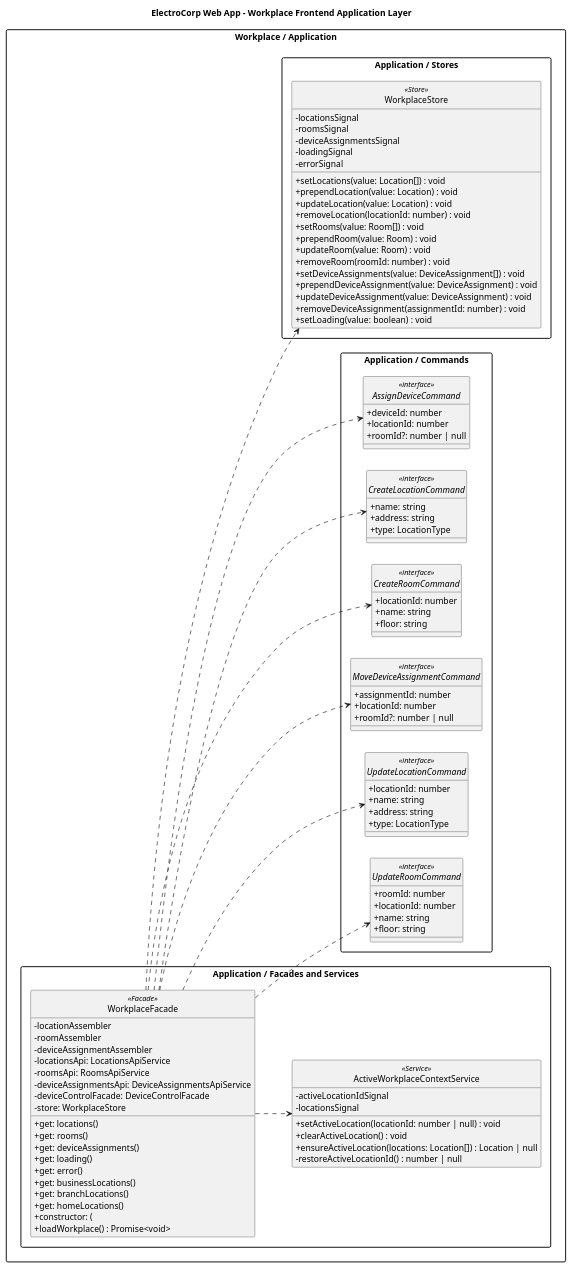
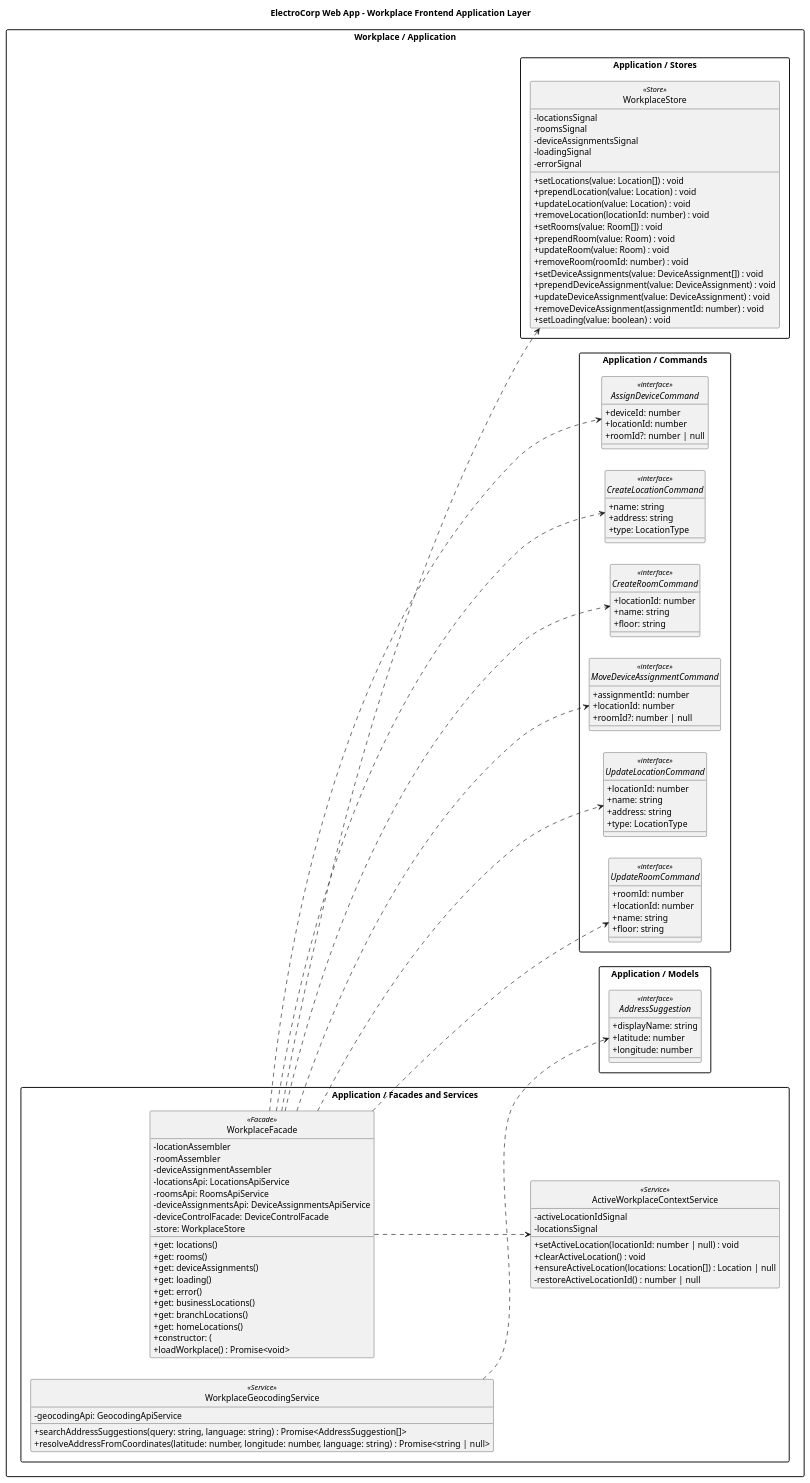
Before and after one commit to upc-pre-202610-1asi0729-11896-ecorp/electrocorp-report: the diagram in docs/diagrams/class/frontend/layers/workplace/frontend-workplace-application-class-diagram.puml, drawn with PlantUML. The commit also changed 34 other files, not shown here.

Commit message:
docs: update final architecture diagrams

```diff
--- a/docs/diagrams/class/frontend/layers/workplace/frontend-workplace-application-class-diagram.puml
+++ b/docs/diagrams/class/frontend/layers/workplace/frontend-workplace-application-class-diagram.puml
@@ -1,109 +1,122 @@
 @startuml
 title ElectroCorp Web App - Workplace Frontend Application Layer
 left to right direction
 skinparam packageStyle rectangle
 skinparam shadowing false
 skinparam classAttributeIconSize 0
 hide circle
 
 package "Workplace / Application" {
   package "Application / Commands" {
     interface "AssignDeviceCommand" as Frontend_workplace_AssignDeviceCommand <<interface>> {
       + deviceId: number
       + locationId: number
       + roomId?: number | null
     }
     interface "CreateLocationCommand" as Frontend_workplace_CreateLocationCommand <<interface>> {
       + name: string
       + address: string
       + type: LocationType
     }
     interface "CreateRoomCommand" as Frontend_workplace_CreateRoomCommand <<interface>> {
       + locationId: number
       + name: string
       + floor: string
     }
     interface "MoveDeviceAssignmentCommand" as Frontend_workplace_MoveDeviceAssignmentCommand <<interface>> {
       + assignmentId: number
       + locationId: number
       + roomId?: number | null
     }
     interface "UpdateLocationCommand" as Frontend_workplace_UpdateLocationCommand <<interface>> {
       + locationId: number
       + name: string
       + address: string
       + type: LocationType
     }
     interface "UpdateRoomCommand" as Frontend_workplace_UpdateRoomCommand <<interface>> {
       + roomId: number
       + locationId: number
       + name: string
       + floor: string
     }
   }
+  package "Application / Models" {
+    interface "AddressSuggestion" as Frontend_workplace_AddressSuggestion <<interface>> {
+      + displayName: string
+      + latitude: number
+      + longitude: number
+    }
+  }
   package "Application / Facades and Services" {
     class "ActiveWorkplaceContextService" as Frontend_workplace_ActiveWorkplaceContextService <<Service>> {
       - activeLocationIdSignal
       - locationsSignal
       + setActiveLocation(locationId: number | null) : void
       + clearActiveLocation() : void
       + ensureActiveLocation(locations: Location[]) : Location | null
       - restoreActiveLocationId() : number | null
+    }
+    class "WorkplaceGeocodingService" as Frontend_workplace_WorkplaceGeocodingService <<Service>> {
+      - geocodingApi: GeocodingApiService
+      + searchAddressSuggestions(query: string, language: string) : Promise<AddressSuggestion[]>
+      + resolveAddressFromCoordinates(latitude: number, longitude: number, language: string) : Promise<string | null>
     }
     class "WorkplaceFacade" as Frontend_workplace_WorkplaceFacade <<Facade>> {
       - locationAssembler
       - roomAssembler
       - deviceAssignmentAssembler
       + get: locations()
       + get: rooms()
       + get: deviceAssignments()
       + get: loading()
       + get: error()
       + get: businessLocations()
       + get: branchLocations()
       + get: homeLocations()
       + constructor: (
       - locationsApi: LocationsApiService
       - roomsApi: RoomsApiService
       - deviceAssignmentsApi: DeviceAssignmentsApiService
       - deviceControlFacade: DeviceControlFacade
       - store: WorkplaceStore
       + loadWorkplace() : Promise<void>
     }
   }
   package "Application / Stores" {
     class "WorkplaceStore" as Frontend_workplace_WorkplaceStore <<Store>> {
       - locationsSignal
       - roomsSignal
       - deviceAssignmentsSignal
       - loadingSignal
       - errorSignal
       + setLocations(value: Location[]) : void
       + prependLocation(value: Location) : void
       + updateLocation(value: Location) : void
       + removeLocation(locationId: number) : void
       + setRooms(value: Room[]) : void
       + prependRoom(value: Room) : void
       + updateRoom(value: Room) : void
       + removeRoom(roomId: number) : void
       + setDeviceAssignments(value: DeviceAssignment[]) : void
       + prependDeviceAssignment(value: DeviceAssignment) : void
       + updateDeviceAssignment(value: DeviceAssignment) : void
       + removeDeviceAssignment(assignmentId: number) : void
       + setLoading(value: boolean) : void
     }
   }
 }
 
 Frontend_workplace_WorkplaceFacade ..> Frontend_workplace_AssignDeviceCommand
 Frontend_workplace_WorkplaceFacade ..> Frontend_workplace_CreateLocationCommand
 Frontend_workplace_WorkplaceFacade ..> Frontend_workplace_CreateRoomCommand
 Frontend_workplace_WorkplaceFacade ..> Frontend_workplace_MoveDeviceAssignmentCommand
 Frontend_workplace_WorkplaceFacade ..> Frontend_workplace_UpdateLocationCommand
 Frontend_workplace_WorkplaceFacade ..> Frontend_workplace_UpdateRoomCommand
 Frontend_workplace_WorkplaceFacade ..> Frontend_workplace_WorkplaceStore
 
 ' Layer relationship completion: every declared type participates in this layer diagram.
 Frontend_workplace_WorkplaceFacade ..> Frontend_workplace_ActiveWorkplaceContextService
+Frontend_workplace_WorkplaceGeocodingService ..> Frontend_workplace_AddressSuggestion
 
 @enduml
```
